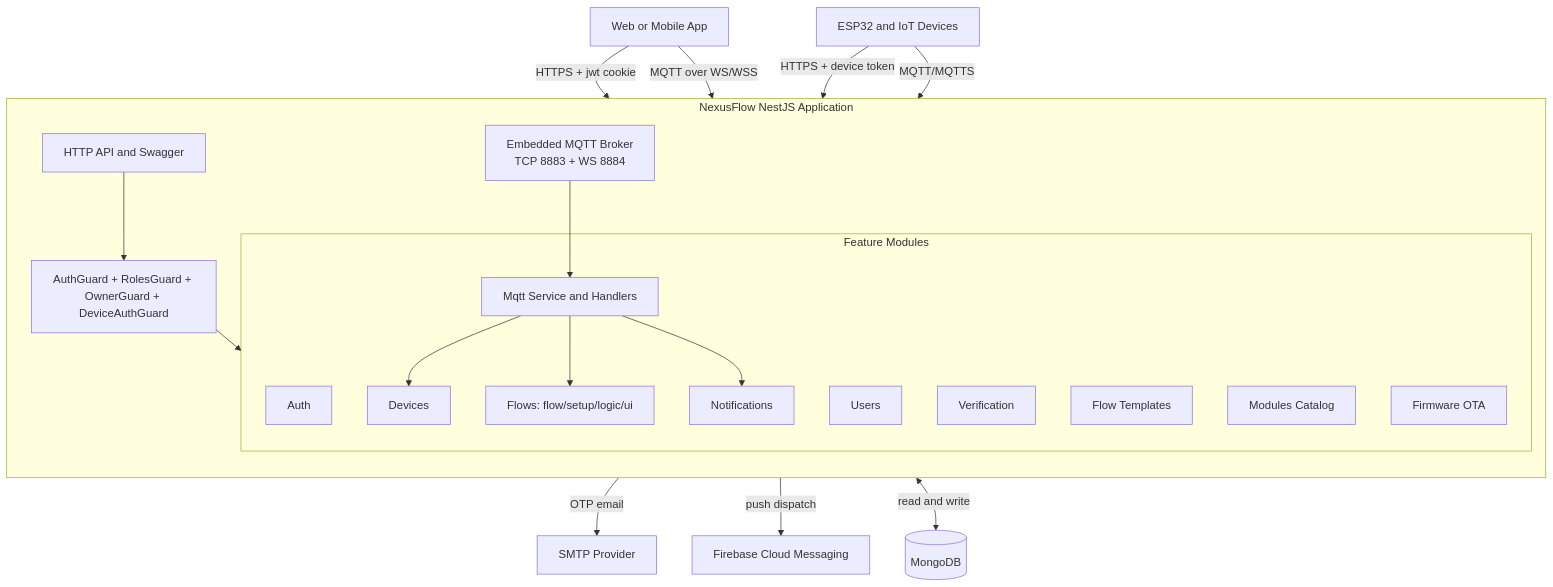
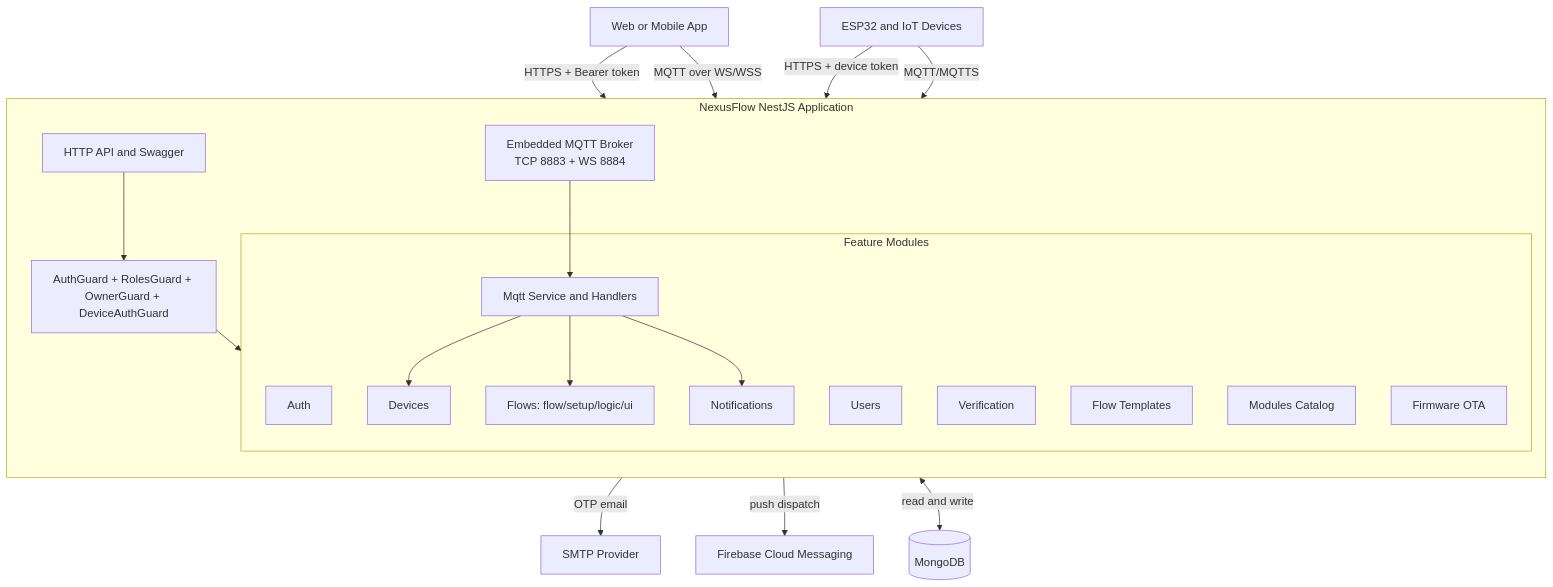
Before and after one commit to ahmed-atef-gad/nexusflow-backend: the first of 5 diagrams in docs/arch.md, drawn with Mermaid. The commit also changed other lines of this file and 8 other files, not shown here.

First line of the commit message:
feat(auth): implement refresh token mechanism with HttpOnly cookie

````diff
--- a/docs/arch.md
+++ b/docs/arch.md
@@ -5,46 +5,46 @@
 ```mermaid
 graph TD
     Web[Web or Mobile App]
     IoT[ESP32 and IoT Devices]
     SMTP[SMTP Provider]
     FCM[Firebase Cloud Messaging]
     DB[(MongoDB)]
 
     subgraph API[NexusFlow NestJS Application]
         direction TB
 
         REST[HTTP API and Swagger]
         Broker[Embedded MQTT Broker<br/>TCP 8883 + WS 8884]
         Guards[AuthGuard + RolesGuard + OwnerGuard + DeviceAuthGuard]
 
         subgraph Modules[Feature Modules]
             Auth[Auth]
             Users[Users]
             Verification[Verification]
             Devices[Devices]
             Flows[Flows: flow/setup/logic/ui]
             Templates[Flow Templates]
             Catalog[Modules Catalog]
             Firmware[Firmware OTA]
             Mqtt[Mqtt Service and Handlers]
             Notifications[Notifications]
         end
     end
 
-    Web -->|HTTPS + jwt cookie| REST
+    Web -->|HTTPS + Bearer token| REST
     IoT -->|HTTPS + device token| REST
     IoT -->|MQTT/MQTTS| Broker
     Web -->|MQTT over WS/WSS| Broker
 
     REST --> Guards
     Guards --> Modules
 
     Verification -->|OTP email| SMTP
     Notifications -->|push dispatch| FCM
     Modules <-->|read and write| DB
 
     Broker --> Mqtt
     Mqtt --> Devices
     Mqtt --> Flows
     Mqtt --> Notifications
 ```
````
